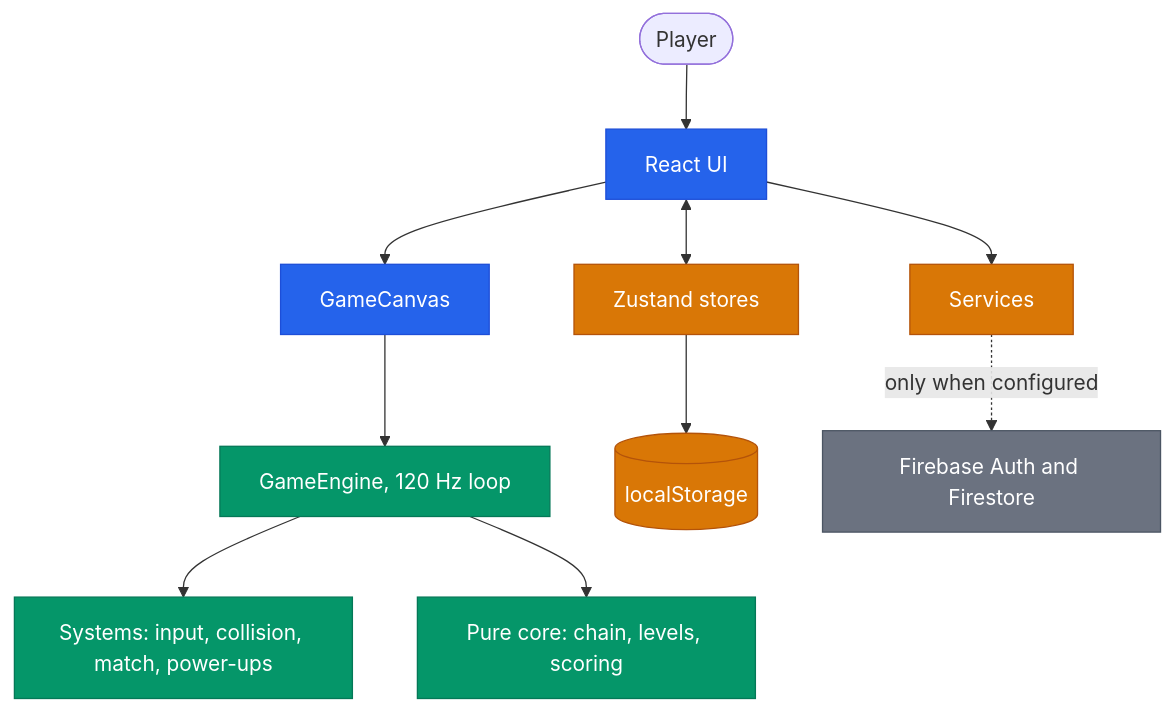
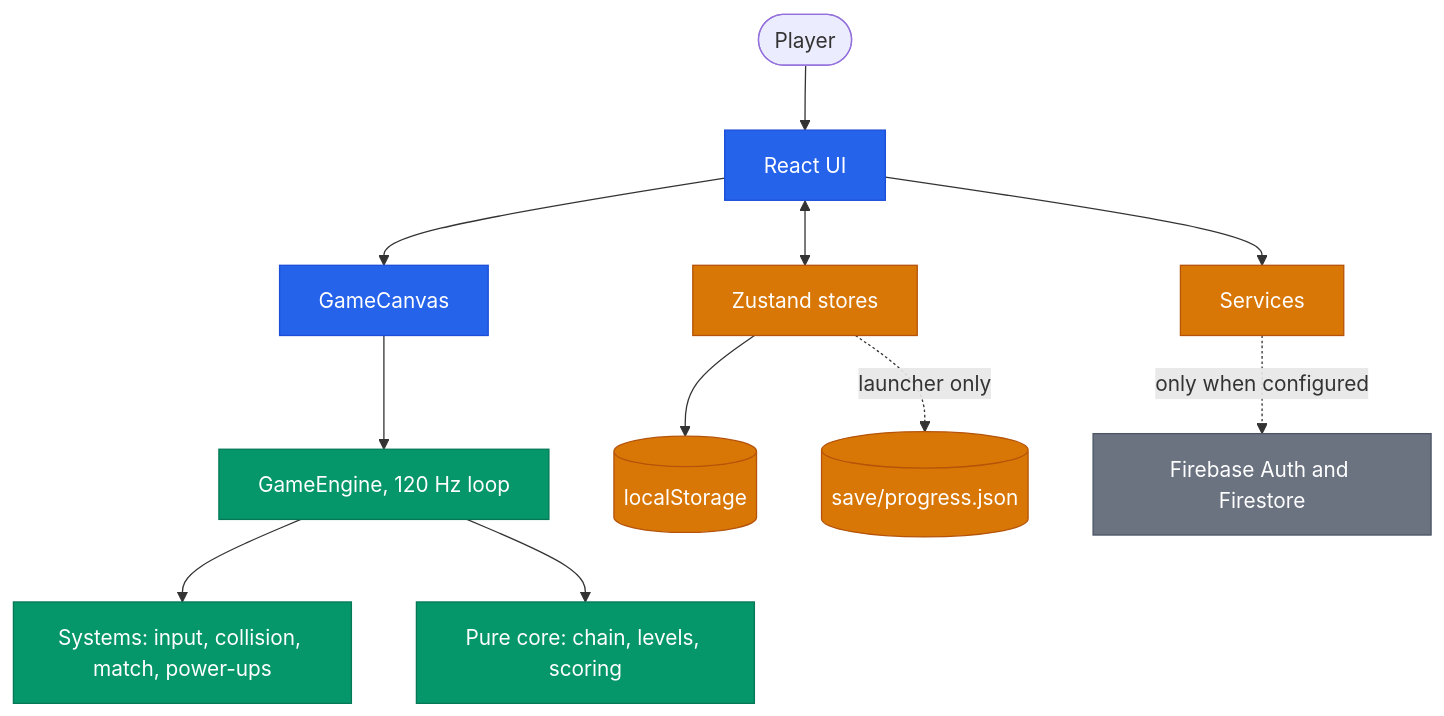
One commit to AndreaBonn/core-dump-game changed the first of 2 diagrams in README.md. Above: the diagram before and after it, drawn with Mermaid. The commit also changed other lines of this file and 8 other files, not shown here.

````diff
--- a/README.md
+++ b/README.md
@@ -92,23 +93,24 @@
 ```mermaid
 %%{init: {'theme': 'default'}}%%
 flowchart TB
     player([Player]) --> react["React UI"]
     react <--> stores["Zustand stores"]
     react --> canvas["GameCanvas"]
     react --> services["Services"]
     canvas --> engine["GameEngine, 120 Hz loop"]
     engine --> systems["Systems: input, collision, match, power-ups"]
     engine --> pure_core["Pure core: chain, levels, scoring"]
     stores --> storage[("localStorage")]
+    stores -.->|"launcher only"| save_file[("save/progress.json")]
     services -.->|"only when configured"| firebase["Firebase Auth and Firestore"]
 
     classDef core fill:#2563eb,stroke:#1d4ed8,color:#fff
     classDef data fill:#d97706,stroke:#b45309,color:#fff
     classDef ext fill:#6b7280,stroke:#4b5563,color:#fff
     classDef engine fill:#059669,stroke:#047857,color:#fff
 
     class react,canvas core
     class engine,systems,pure_core engine
-    class stores,storage,services data
+    class stores,storage,save_file,services data
     class firebase ext
 ```
````
